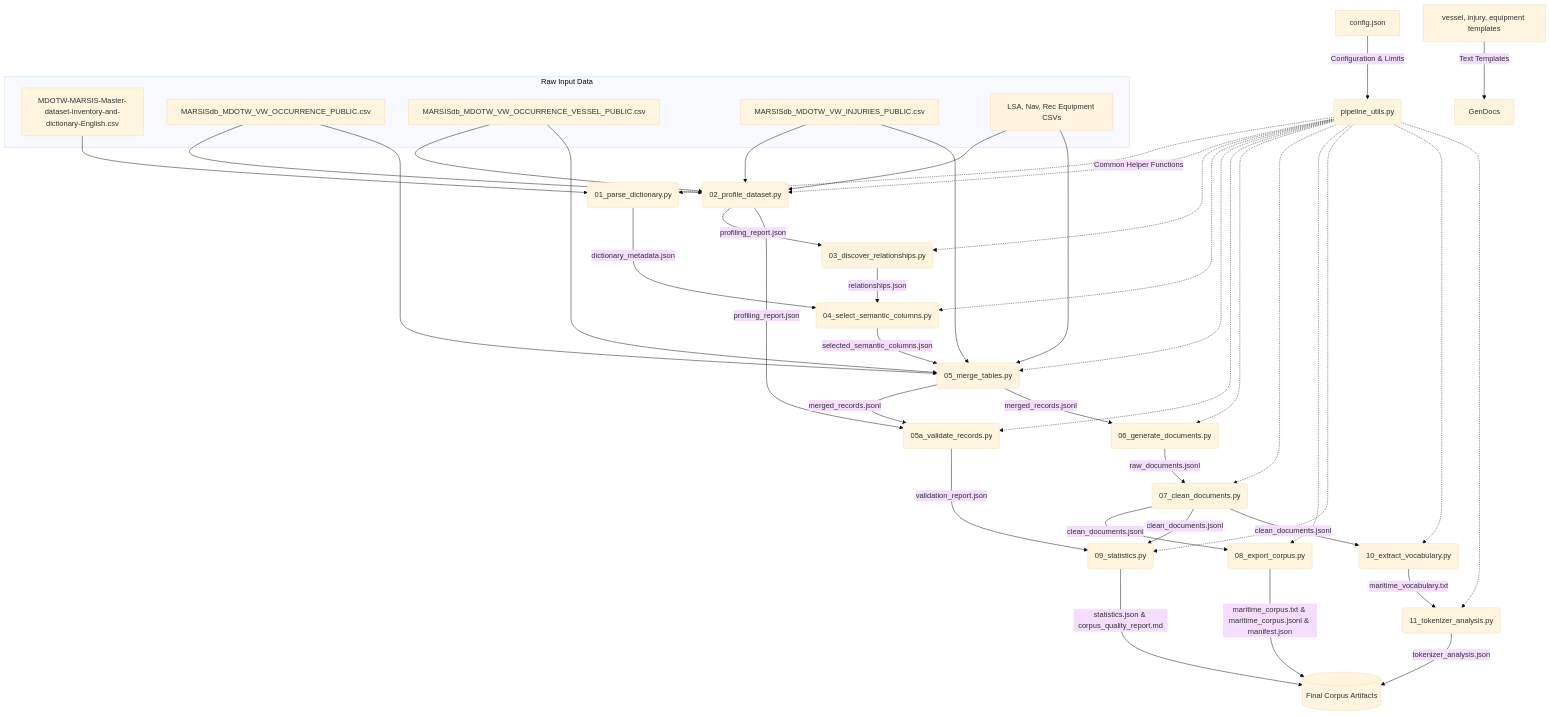
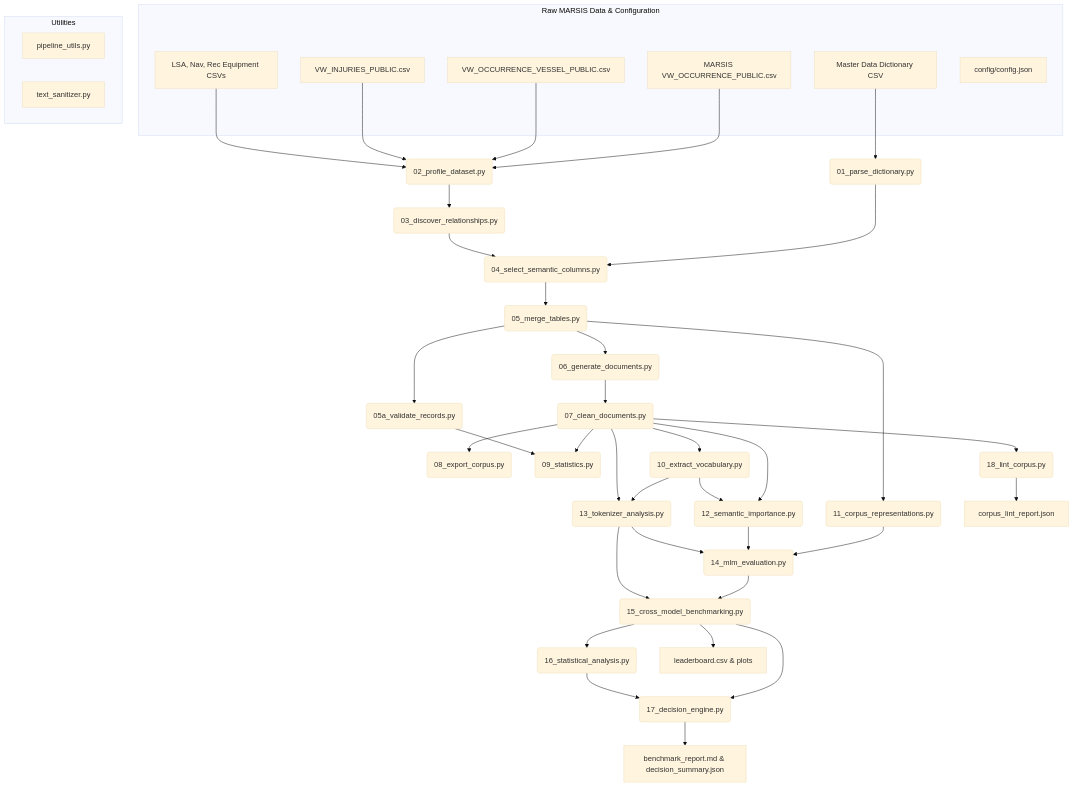
One commit to AbhishekYadav2207/TSBC-MaritimePipeline changed the diagram in DOCUMENTATION.md. Above: the diagram before and after it, drawn with Mermaid (base theme). The commit also changed other lines of this file and 43 other files, not shown here.

Commit message:
Update pipeline scripts, benchmarking results, and documentation

````diff
--- a/DOCUMENTATION.md
+++ b/DOCUMENTATION.md
@@ -15,58 +13,52 @@
 ```mermaid
 flowchart TD
-    %% Input Files
-    subgraph Raw Input Data
-        DictCSV[MDOTW-MARSIS-Master-dataset-inventory-and-dictionary-English.csv]
-        OccCSV[MARSISdb_MDOTW_VW_OCCURRENCE_PUBLIC.csv]
-        VesCSV[MARSISdb_MDOTW_VW_OCCURRENCE_VESSEL_PUBLIC.csv]
-        InjCSV[MARSISdb_MDOTW_VW_INJURIES_PUBLIC.csv]
+    %% Input Layer
+    subgraph Input Layer [Raw MARSIS Data & Configuration]
+        DictCSV[Master Data Dictionary CSV]
+        OccCSV[MARSIS VW_OCCURRENCE_PUBLIC.csv]
+        VesCSV[VW_OCCURRENCE_VESSEL_PUBLIC.csv]
+        InjCSV[VW_INJURIES_PUBLIC.csv]
         EqCSVs[LSA, Nav, Rec Equipment CSVs]
+        ConfigJSON[config/config.json]
     end
 
-    %% Configuration
-    ConfigJSON[config.json] --> |Configuration & Limits| Utils
-    TemplatesJSON[vessel, injury, equipment templates] --> |Text Templates| GenDocs
+    %% Utility Layer
+    subgraph Utilities
+        Utils[pipeline_utils.py]
+        Sanitizer[text_sanitizer.py]
+    end
 
-    %% Common Utils
-    Utils(pipeline_utils.py) -.-> |Common Helper Functions| Stage01
-    Utils -.-> Stage02
-    Utils -.-> Stage03
-    Utils -.-> Stage04
-    Utils -.-> Stage05
-    Utils -.-> Stage05a
-    Utils -.-> Stage06
-    Utils -.-> Stage07
-    Utils -.-> Stage08
-    Utils -.-> Stage09
-    Utils -.-> Stage10
-    Utils -.-> Stage11
+    %% Data Ingestion & Preprocessing (Stages 01-05a)
+    DictCSV --> Stage01(01_parse_dictionary.py)
+    OccCSV & VesCSV & InjCSV & EqCSVs --> Stage02(02_profile_dataset.py)
+    Stage02 --> Stage03(03_discover_relationships.py)
+    Stage01 & Stage03 --> Stage04(04_select_semantic_columns.py)
+    Stage04 --> Stage05(05_merge_tables.py)
+    Stage05 --> Stage05a(05a_validate_records.py)
 
-    %% Execution Steps
-    DictCSV --> Stage01(01_parse_dictionary.py)
-    Stage01 --> |dictionary_metadata.json| Stage04
+    %% Document & Corpus Generation (Stages 06-10)
+    Stage05 --> Stage06(06_generate_documents.py)
+    Stage06 --> Stage07(07_clean_documents.py)
+    Stage07 --> Stage08(08_export_corpus.py)
+    Stage07 & Stage05a --> Stage09(09_statistics.py)
+    Stage07 --> Stage10(10_extract_vocabulary.py)
 
-    OccCSV & VesCSV & InjCSV & EqCSVs --> Stage02(02_profile_dataset.py)
-    Stage02 --> |profiling_report.json| Stage03(03_discover_relationships.py)
-    Stage02 --> |profiling_report.json| Stage05a(05a_validate_records.py)
+    %% Multi-Format & Knowledge Classification (Stages 11-12)
+    Stage05 --> Stage11(11_corpus_representations.py)
+    Stage07 & Stage10 --> Stage12(12_semantic_importance.py)
 
-    Stage03 --> |relationships.json| Stage04(04_select_semantic_columns.py)
-    Stage04 --> |selected_semantic_columns.json| Stage05(05_merge_tables.py)
+    %% Benchmarking & Evaluation Grid (Stages 13-14)
+    Stage10 & Stage07 --> Stage13(13_tokenizer_analysis.py)
+    Stage11 & Stage12 & Stage13 --> Stage14(14_mlm_evaluation.py)
 
-    OccCSV & VesCSV & InjCSV & EqCSVs --> Stage05
-    Stage05 --> |merged_records.jsonl| Stage05a
-    Stage05 --> |merged_records.jsonl| Stage06(06_generate_documents.py)
+    %% Analytics & Decision Engine (Stages 15-18)
+    Stage14 & Stage13 --> Stage15(15_cross_model_benchmarking.py)
+    Stage15 --> Stage16(16_statistical_analysis.py)
+    Stage15 & Stage16 --> Stage17(17_decision_engine.py)
+    Stage07 --> Stage18(18_lint_corpus.py)
 
-    Stage05a --> |validation_report.json| Stage09(09_statistics.py)
-
-    Stage06 --> |raw_documents.jsonl| Stage07(07_clean_documents.py)
-    Stage07 --> |clean_documents.jsonl| Stage08(08_export_corpus.py)
-    Stage07 --> |clean_documents.jsonl| Stage09
-    Stage07 --> |clean_documents.jsonl| Stage10(10_extract_vocabulary.py)
-
-    Stage10 --> |maritime_vocabulary.txt| Stage11(11_tokenizer_analysis.py)
-
-    %% Outputs
-    Stage08 --> |maritime_corpus.txt & maritime_corpus.jsonl & manifest.json| Outputs[(Final Corpus Artifacts)]
-    Stage09 --> |statistics.json & corpus_quality_report.md| Outputs
-    Stage11 --> |tokenizer_analysis.json| Outputs
+    %% Final Outputs
+    Stage15 --> Leaderboard[leaderboard.csv & plots]
+    Stage17 --> Report[benchmark_report.md & decision_summary.json]
+    Stage18 --> LintReport[corpus_lint_report.json]
 ```
````
